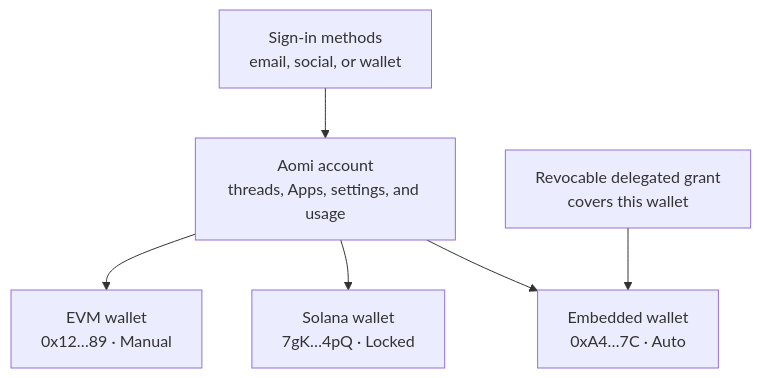
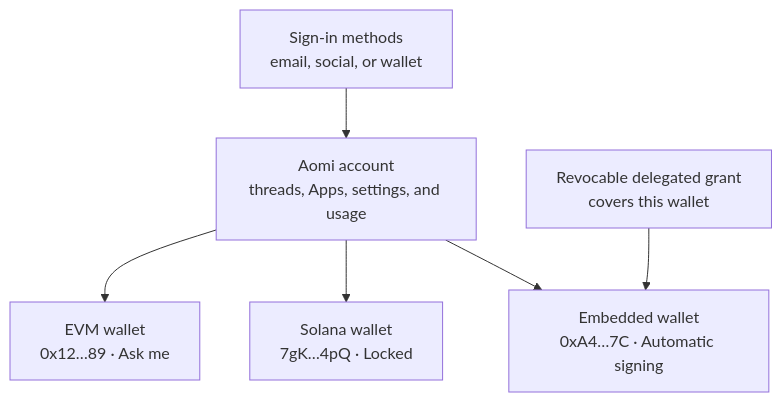
Before and after one commit to aomi-labs/docs: the diagram in concepts/accounts-and-wallets.mdx, drawn with Mermaid. The commit also changed other lines of this file and 23 other files, not shown here.

````diff
--- a/concepts/accounts-and-wallets.mdx
+++ b/concepts/accounts-and-wallets.mdx
@@ -14,15 +14,15 @@
 ```mermaid
 flowchart TD
     A["Aomi account<br/>threads, Apps, settings, and usage"]
     I["Sign-in methods<br/>email, social, or wallet"]
-    E["EVM wallet<br/>0x12…89 · Manual"]
+    E["EVM wallet<br/>0x12…89 · Ask me"]
     S["Solana wallet<br/>7gK…4pQ · Locked"]
-    W["Embedded wallet<br/>0xA4…7C · Auto"]
+    W["Embedded wallet<br/>0xA4…7C · Automatic signing"]
     G["Revocable delegated grant<br/>covers this wallet"]
 
     I --> A
     A --> E
     A --> S
     A --> W
     G --> W
 ```
````
